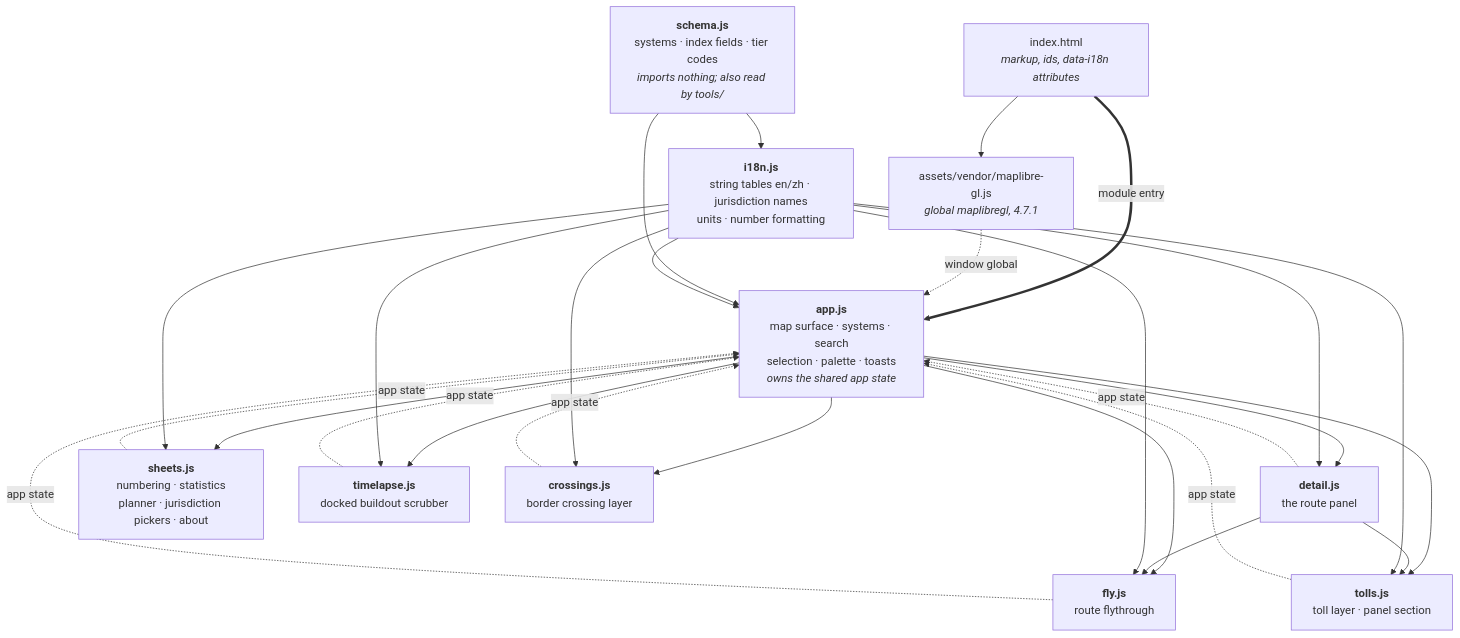
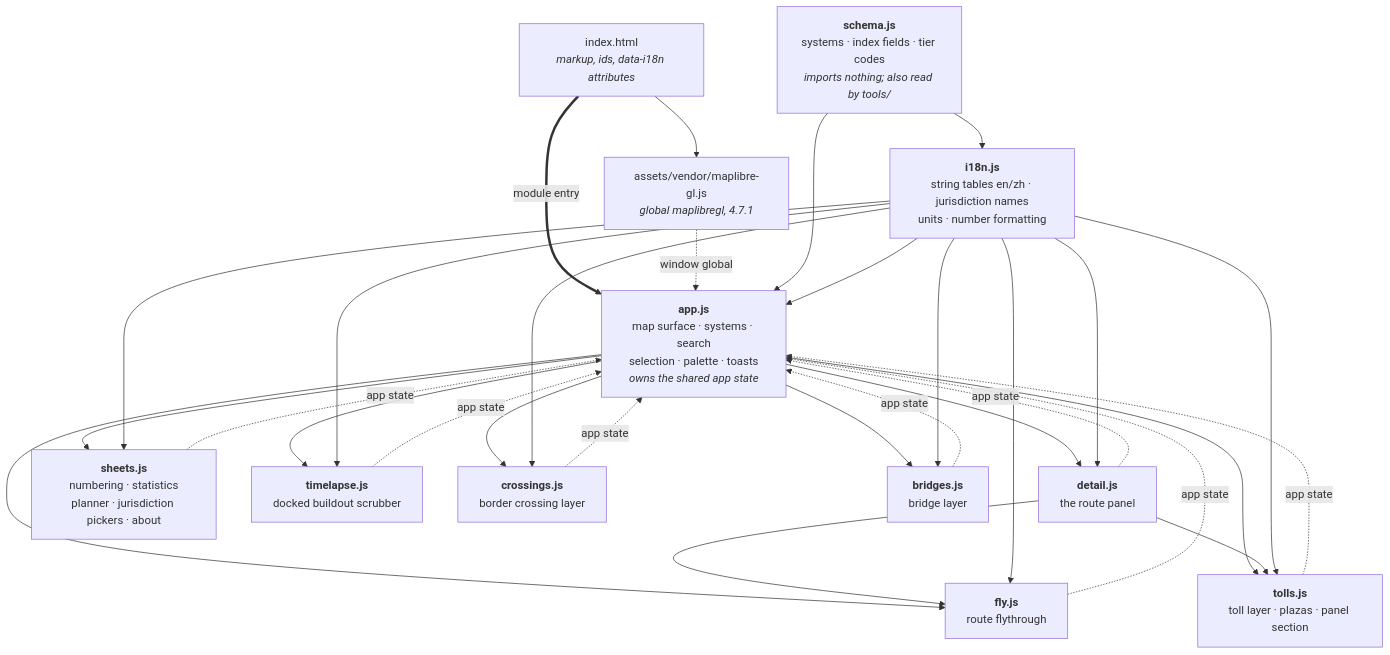
One commit to AndyUneducated/interstate-atlas changed the fourth of 5 diagrams in docs/ARCHITECTURE.md. Above: the diagram before and after it, drawn with Mermaid. The commit also changed other lines of this file and 3 other files, not shown here.

````diff
--- a/docs/ARCHITECTURE.md
+++ b/docs/ARCHITECTURE.md
@@ -464,44 +466,48 @@
 ```mermaid
 flowchart TD
   HTML["index.html<br/><i>markup, ids, data-i18n attributes</i>"]
   MLGL["assets/vendor/maplibre-gl.js<br/><i>global maplibregl, 4.7.1</i>"]
   APP["<b>app.js</b><br/>map surface · systems · search<br/>selection · palette · toasts<br/><i>owns the shared app state</i>"]
   SCH["<b>schema.js</b><br/>systems · index fields · tier codes<br/><i>imports nothing; also read by tools/</i>"]
   I18N["<b>i18n.js</b><br/>string tables en/zh · jurisdiction names<br/>units · number formatting"]
   DET["<b>detail.js</b><br/>the route panel"]
   SH["<b>sheets.js</b><br/>numbering · statistics<br/>planner · jurisdiction pickers · about"]
   TL["<b>timelapse.js</b><br/>docked buildout scrubber"]
   FLY["<b>fly.js</b><br/>route flythrough"]
   XG["<b>crossings.js</b><br/>border crossing layer"]
-  TO["<b>tolls.js</b><br/>toll layer · panel section"]
+  TO["<b>tolls.js</b><br/>toll layer · plazas · panel section"]
+  BR["<b>bridges.js</b><br/>bridge layer"]
 
   HTML --> MLGL
   HTML ==>|"module entry"| APP
   MLGL -.->|"window global"| APP
 
   APP --> DET
   APP --> SH
   APP --> TL
   APP --> FLY
   APP --> XG
   APP --> TO
+  APP --> BR
   DET --> FLY
   DET --> TO
 
   DET -.->|"app state"| APP
   SH -.->|"app state"| APP
   TL -.->|"app state"| APP
   FLY -.->|"app state"| APP
   XG -.->|"app state"| APP
   TO -.->|"app state"| APP
+  BR -.->|"app state"| APP
 
   SCH --> I18N
   SCH --> APP
   I18N --> APP
   I18N --> DET
   I18N --> SH
   I18N --> TL
   I18N --> FLY
   I18N --> XG
   I18N --> TO
+  I18N --> BR
 ```
````
